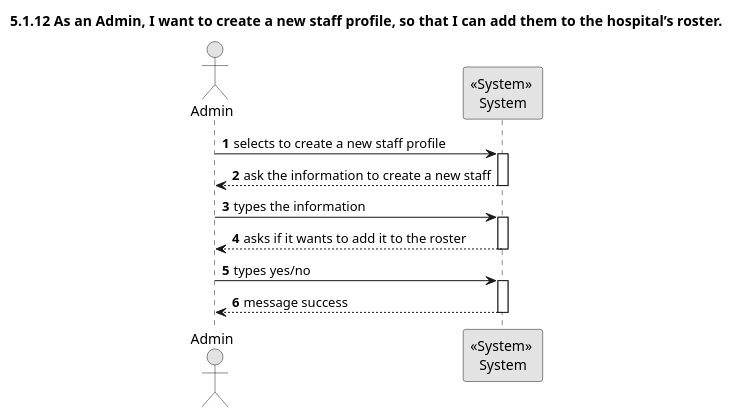
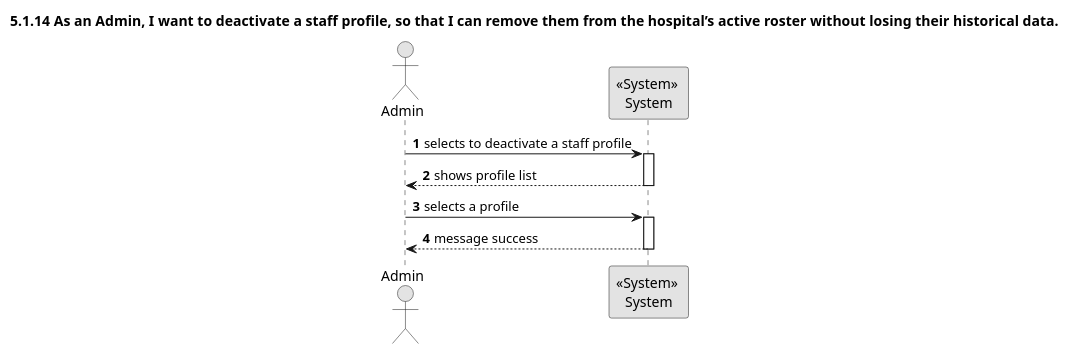
The diagram in Docs/1211846/US5_1_14/us5_1_14_ssd.puml (Educ00/Sem5Pi2425), drawn with PlantUML before and after one commit. The commit also changed 8 other files, not shown here.

```diff
--- a/Docs/1211846/US5_1_14/us5_1_14_ssd.puml
+++ b/Docs/1211846/US5_1_14/us5_1_14_ssd.puml
@@ -1,32 +1,27 @@
 @startuml
 skinparam monochrome true
 skinparam packageStyle rectangle
 skinparam shadowing false
 
-title 5.1.12 As an Admin, I want to create a new staff profile, so that I can add them to the hospital’s roster.
+title 5.1.14 As an Admin, I want to deactivate a staff profile, so that I can remove them from the hospital’s active roster without losing their historical data.
 
 
 autonumber
 actor "Admin" as ADMIN
 
 participant "<<System>> \nSystem" as System
 
-    ADMIN -> System : selects to create a new staff profile
+    ADMIN -> System : selects to deactivate a staff profile
     activate System
 
-    System --> ADMIN : ask the information to create a new staff
+    System --> ADMIN : shows profile list
     deactivate System
 
-    ADMIN -> System : types the information
+    ADMIN -> System : selects a profile
     activate System
 
-    System --> ADMIN : asks if it wants to add it to the roster
-    deactivate System
-    
-    ADMIN -> System : types yes/no
-    activate System
 
     System --> ADMIN : message success
     deactivate System    
 
 @enduml
```
